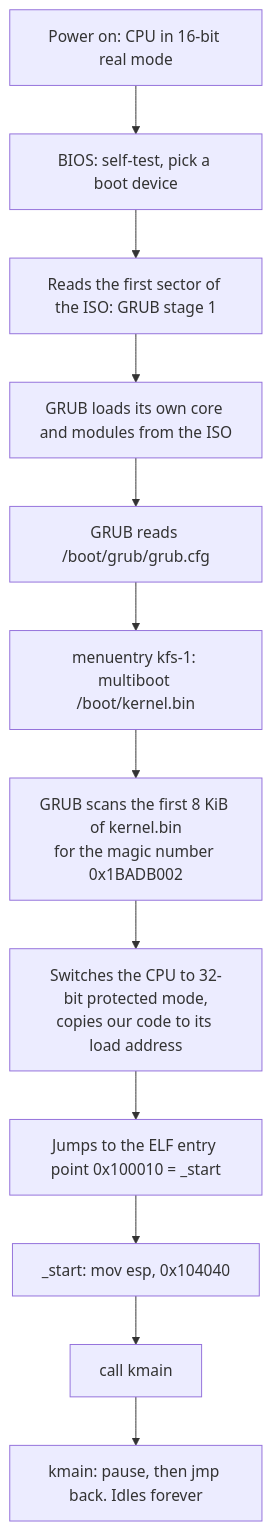
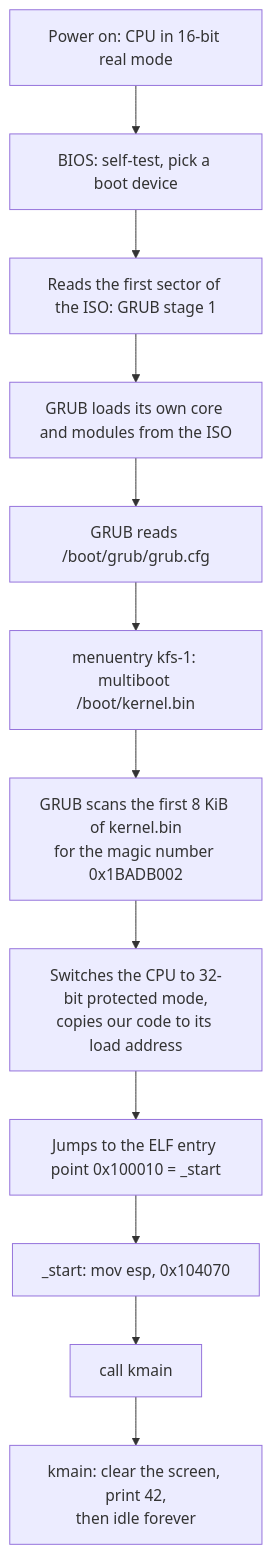
Before and after one commit to suiramdev/42-kfs: the diagram in docs/ARCHITECTURE.md, drawn with Mermaid. The commit also changed other lines of this file and 4 other files, not shown here.

````diff
--- a/docs/ARCHITECTURE.md
+++ b/docs/ARCHITECTURE.md
@@ -56,14 +57,14 @@
 ```mermaid
 graph TD
     A[Power on: CPU in 16-bit real mode] --> B[BIOS: self-test, pick a boot device]
     B --> C[Reads the first sector of the ISO: GRUB stage 1]
     C --> D[GRUB loads its own core and modules from the ISO]
     D --> E[GRUB reads /boot/grub/grub.cfg]
     E --> F[menuentry kfs-1: multiboot /boot/kernel.bin]
     F --> G[GRUB scans the first 8 KiB of kernel.bin<br/>for the magic number 0x1BADB002]
     G --> H[Switches the CPU to 32-bit protected mode,<br/>copies our code to its load address]
     H --> I[Jumps to the ELF entry point 0x100010 = _start]
-    I --> J[_start: mov esp, 0x104040]
+    I --> J[_start: mov esp, 0x104070]
     J --> K[call kmain]
-    K --> L[kmain: pause, then jmp back. Idles forever]
+    K --> L[kmain: clear the screen, print 42,<br/>then idle forever]
 ```
````
